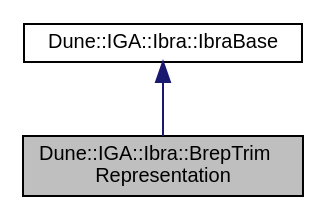
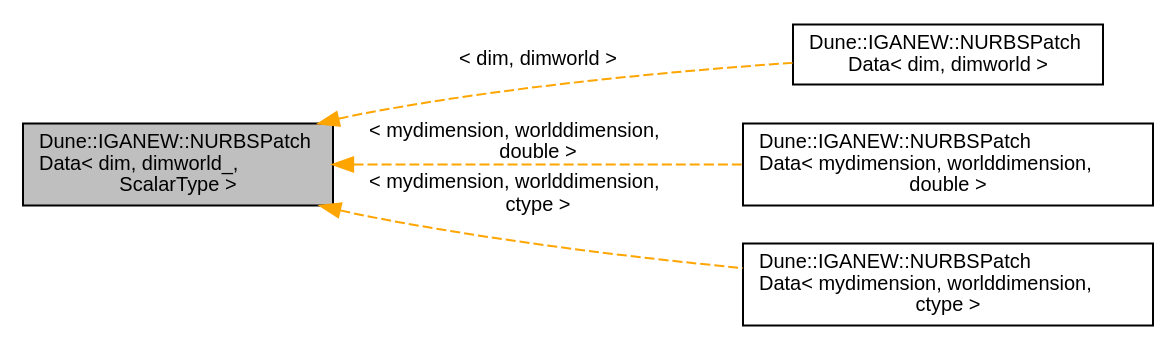
The diagram in de/df1/a01151.dot (rath3t/dune-iga-doc), drawn with Graphviz before and after one commit. The commit also changed 602 other files, not shown here.

Commit message:
deploy: rath3t/dune-iga@3f461609d07011847b1941b60779c1555a309028

```diff
--- a/de/df1/a01151.dot
+++ b/de/df1/a01151.dot
@@ -1,9 +1,14 @@
-digraph "Dune::IGA::Ibra::BrepTrimRepresentation"
+digraph "Dune::IGANEW::NURBSPatchData&lt; dim, dimworld_, ScalarType &gt;"
 {
  // LATEX_PDF_SIZE
   edge [fontname="Helvetica",fontsize="10",labelfontname="Helvetica",labelfontsize="10"];
   node [fontname="Helvetica",fontsize="10",shape=record];
-  Node1 [label="Dune::IGA::Ibra::BrepTrim\lRepresentation",height=0.2,width=0.4,color="black", fillcolor="grey75", style="filled", fontcolor="black",tooltip=" "];
-  Node2 -> Node1 [dir="back",color="midnightblue",fontsize="10",style="solid",fontname="Helvetica"];
-  Node2 [label="Dune::IGA::Ibra::IbraBase",height=0.2,width=0.4,color="black", fillcolor="white", style="filled",URL="$db/d51/a01144.html",tooltip=" "];
+  rankdir="LR";
+  Node1 [label="Dune::IGANEW::NURBSPatch\lData\< dim, dimworld_,\l ScalarType \>",height=0.2,width=0.4,color="black", fillcolor="grey75", style="filled", fontcolor="black",tooltip="struct that holds all data regarding the NURBS geometric structure"];
+  Node1 -> Node2 [dir="back",color="orange",fontsize="10",style="dashed",label=" \< dim, dimworld \>" ,fontname="Helvetica"];
+  Node2 [label="Dune::IGANEW::NURBSPatch\lData\< dim, dimworld \>",height=0.2,width=0.4,color="black", fillcolor="white", style="filled",URL="$d9/d97/a01152.html",tooltip=" "];
+  Node1 -> Node3 [dir="back",color="orange",fontsize="10",style="dashed",label=" \< mydimension, worlddimension,\l double \>" ,fontname="Helvetica"];
+  Node3 [label="Dune::IGANEW::NURBSPatch\lData\< mydimension, worlddimension,\l double \>",height=0.2,width=0.4,color="black", fillcolor="white", style="filled",URL="$d9/d97/a01152.html",tooltip=" "];
+  Node1 -> Node4 [dir="back",color="orange",fontsize="10",style="dashed",label=" \< mydimension, worlddimension,\l ctype \>" ,fontname="Helvetica"];
+  Node4 [label="Dune::IGANEW::NURBSPatch\lData\< mydimension, worlddimension,\l ctype \>",height=0.2,width=0.4,color="black", fillcolor="white", style="filled",URL="$d9/d97/a01152.html",tooltip=" "];
 }
```
